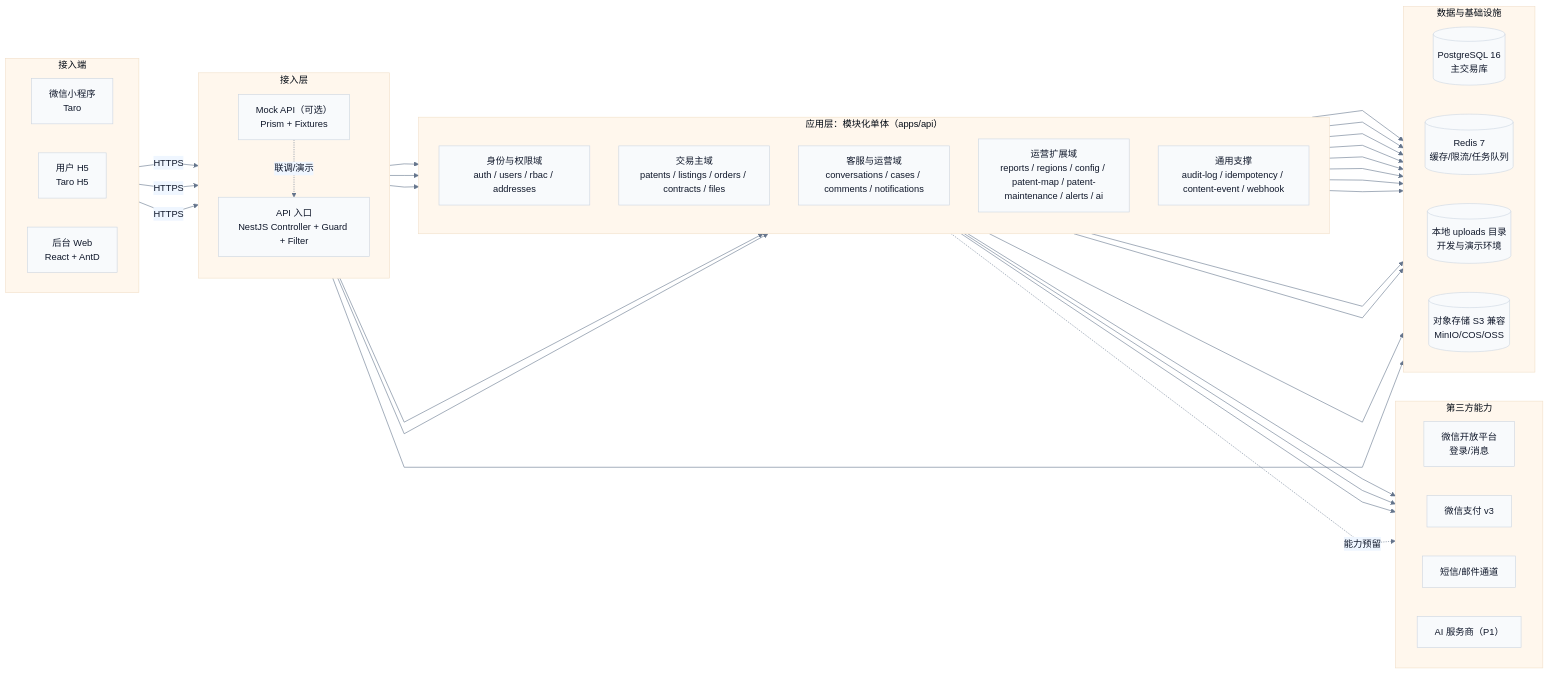
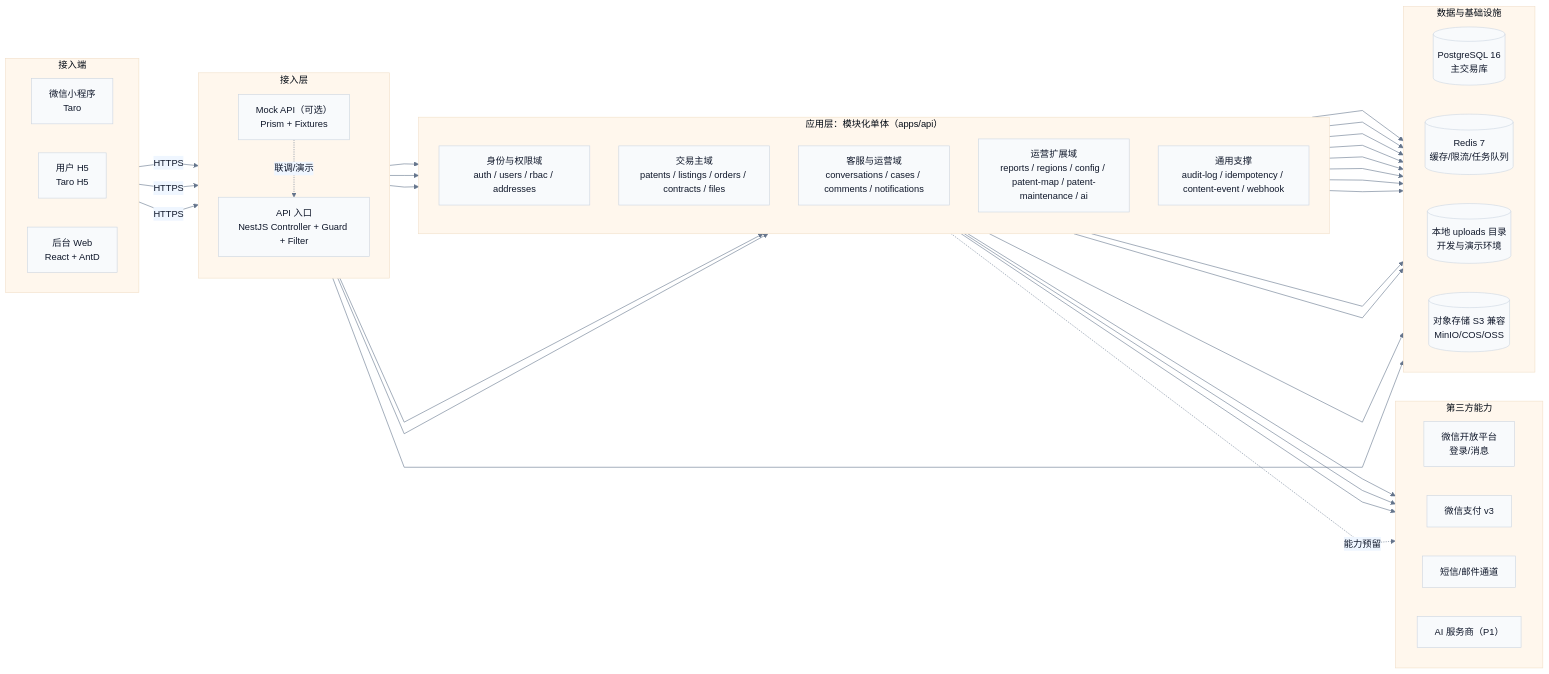
Before and after one commit to Ming-1984/Ipmoney: the diagram in docs/architecture/c4-container.mmd, drawn with Mermaid. The commit also changed other lines of this file and 41 other files, not shown here.

```diff
--- a/docs/architecture/c4-container.mmd
+++ b/docs/architecture/c4-container.mmd
@@ -1,70 +1,70 @@
 %%{init: {'theme':'base','flowchart': {'htmlLabels': true, 'curve': 'linear'},'themeVariables': {'fontFamily': 'Microsoft YaHei, PingFang SC, Noto Sans CJK SC, Helvetica Neue, Arial, sans-serif','lineColor':'#64748B','primaryTextColor':'#0F172A','primaryBorderColor':'#CBD5E1','primaryColor':'#F8FAFC','secondaryColor':'#EFF6FF','tertiaryColor':'#FFF7ED'}}}%%
 flowchart LR
   subgraph Client[接入端]
     direction LR
     MP[微信小程序<br/>Taro]
     H5[用户 H5<br/>Taro H5]
     AdminWeb[后台 Web<br/>React + AntD]
   end
 
   subgraph Edge[接入层]
     direction TB
     APIGW[API 入口<br/>NestJS Controller + Guard + Filter]
     Mock[Mock API（可选）<br/>Prism + Fixtures]
   end
 
   subgraph Monolith[应用层：模块化单体（apps/api）]
     direction TB
     AuthUser["身份与权限域<br/>auth / users / rbac / addresses"]
     Trading["交易主域<br/>patents / listings / orders / contracts / files"]
     ServiceDesk["客服与运营域<br/>conversations / cases / comments / notifications"]
-    OpsDomain["运营扩展域<br/>reports / regions / config / patent-map / patent-maintenance / alerts / ai"]
+    OpsDomain["运营扩展域<br/>reports / regions / config / patent-map / patent-maintenance / ai"]
     Common["通用支撑<br/>audit-log / idempotency / content-event / webhook"]
   end
 
   subgraph Data[数据与基础设施]
     direction LR
     PG[(PostgreSQL 16<br/>主交易库)]
     Redis[(Redis 7<br/>缓存/限流/任务队列)]
     Upload[(本地 uploads 目录<br/>开发与演示环境)]
     OSS[(对象存储 S3 兼容<br/>MinIO/COS/OSS)]
   end
 
   subgraph External[第三方能力]
     direction LR
     WxAuth[微信开放平台<br/>登录/消息]
     WxPay[微信支付 v3]
     MsgProvider[短信/邮件通道]
     AIProvider[AI 服务商（P1）]
   end
 
   MP -->|HTTPS| APIGW
   H5 -->|HTTPS| APIGW
   AdminWeb -->|HTTPS| APIGW
   Mock -.联调/演示.-> APIGW
 
   APIGW --> AuthUser
   APIGW --> Trading
   APIGW --> ServiceDesk
   APIGW --> OpsDomain
   APIGW --> Common
 
   AuthUser --> PG
   Trading --> PG
   ServiceDesk --> PG
   OpsDomain --> PG
   Common --> PG
 
   APIGW --> Redis
   Trading --> Redis
   ServiceDesk --> Redis
   OpsDomain --> Redis
 
   Trading --> Upload
   Trading --> OSS
   OpsDomain --> OSS
 
   AuthUser --> WxAuth
   Trading --> WxPay
   ServiceDesk --> MsgProvider
   OpsDomain -.能力预留.-> AIProvider
```
